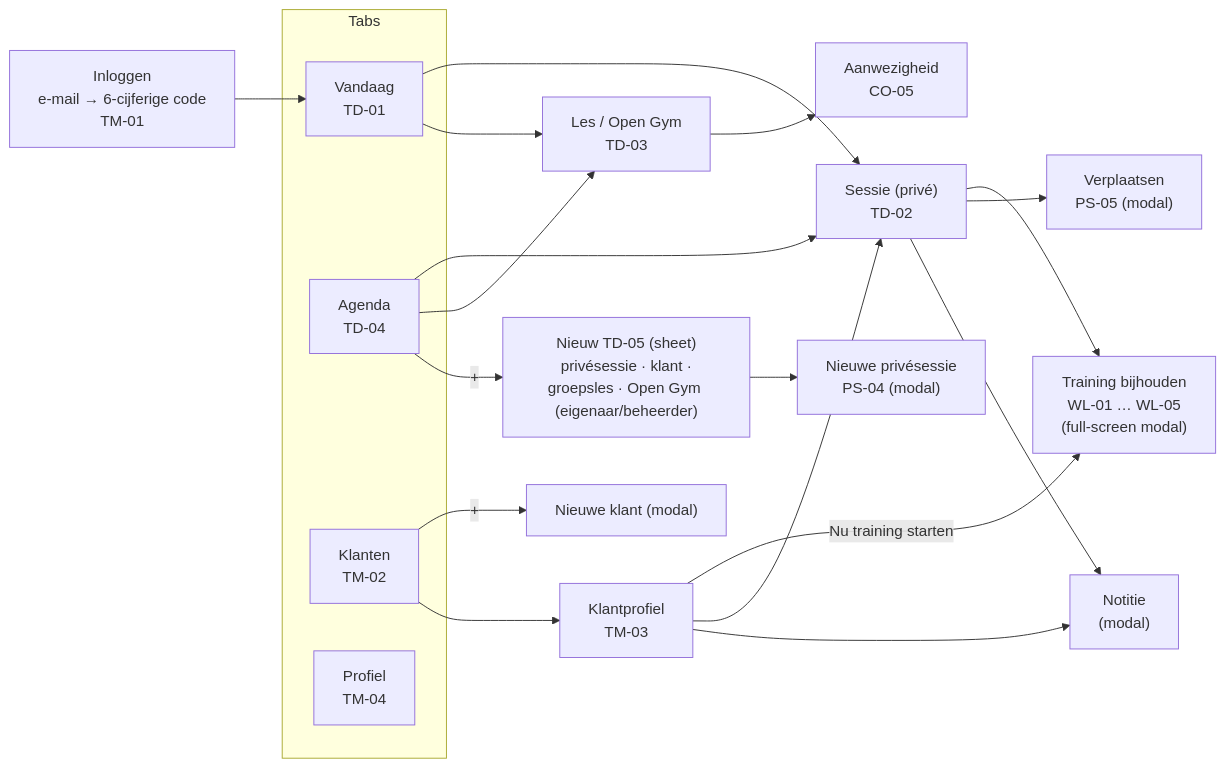
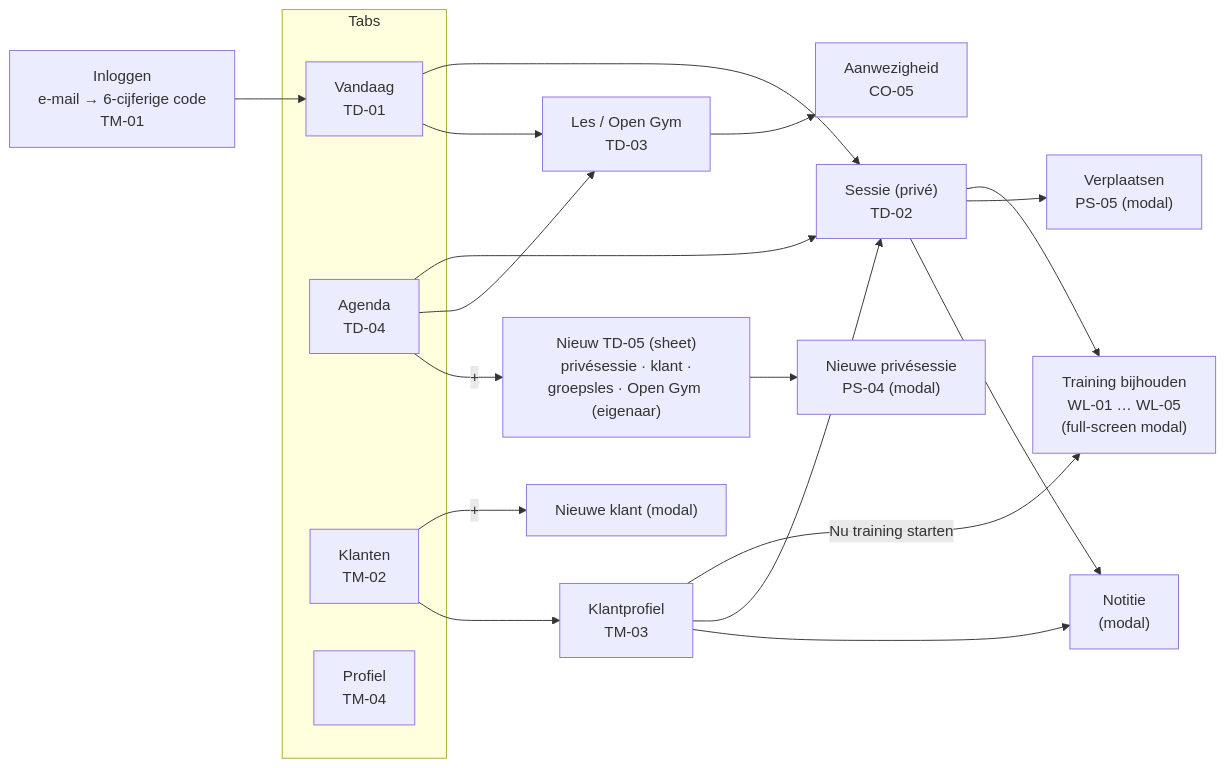
One commit to fivvi-app/fivvi changed the third of 5 diagrams in docs/design/information-architecture.md. Above: the diagram before and after it, drawn with Mermaid. The commit also changed other lines of this file and 23 other files, not shown here.

````diff
--- a/docs/design/information-architecture.md
+++ b/docs/design/information-architecture.md
@@ -245,27 +243,27 @@
 ```mermaid
 flowchart LR
   signin["Inloggen<br/>e-mail → 6-cijferige code<br/>TM-01"] --> today
 
   subgraph tabs["Tabs"]
     today["Vandaag<br/>TD-01"]
     agenda["Agenda<br/>TD-04"]
     klanten["Klanten<br/>TM-02"]
     profiel["Profiel<br/>TM-04"]
   end
 
   today --> sd["Sessie (privé)<br/>TD-02"]
   today --> cd["Les / Open Gym<br/>TD-03"]
   agenda --> sd
   agenda --> cd
-  agenda -- "+" --> nieuw["Nieuw TD-05 (sheet)<br/>privésessie · klant ·<br/>groepsles · Open Gym (eigenaar/beheerder)"]
+  agenda -- "+" --> nieuw["Nieuw TD-05 (sheet)<br/>privésessie · klant ·<br/>groepsles · Open Gym (eigenaar)"]
   nieuw --> create["Nieuwe privésessie<br/>PS-04 (modal)"]
   klanten -- "+" --> newc["Nieuwe klant (modal)"]
   cp -- "Nu training starten" --> logger
   klanten --> cp["Klantprofiel<br/>TM-03"]
   cp --> sd
   cp --> note["Notitie<br/>(modal)"]
   sd --> logger["Training bijhouden<br/>WL-01 … WL-05<br/>(full-screen modal)"]
   sd --> move["Verplaatsen<br/>PS-05 (modal)"]
   sd --> note
   cd --> att["Aanwezigheid<br/>CO-05"]
 ```
````
